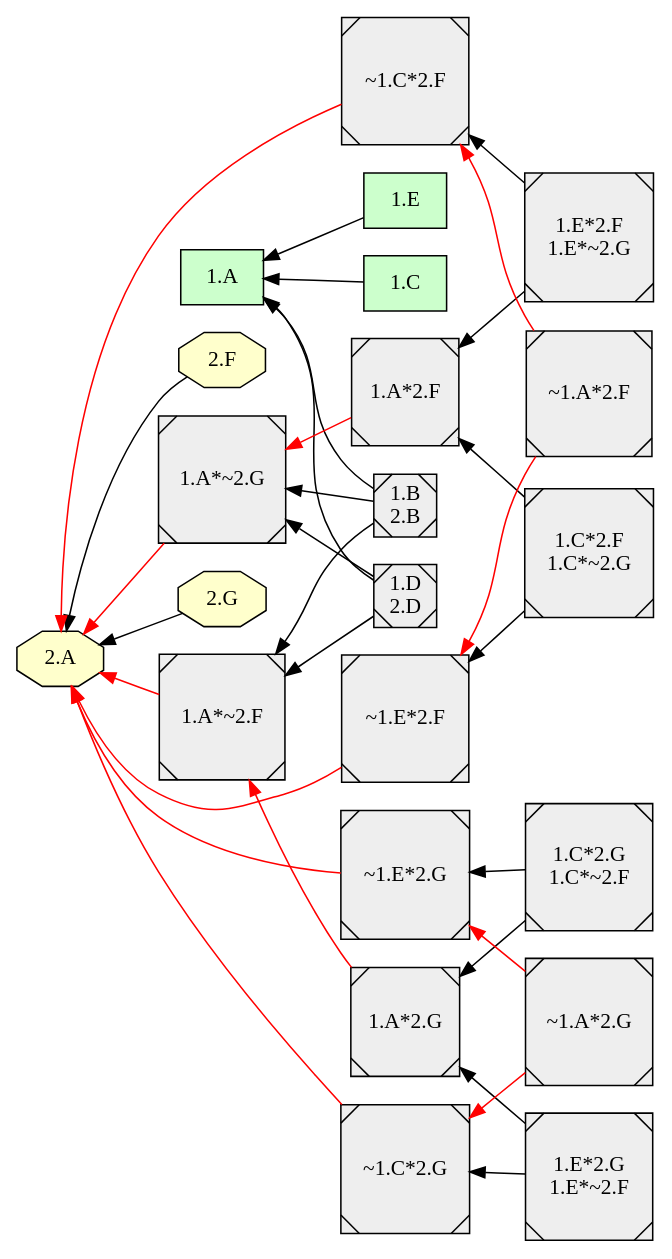
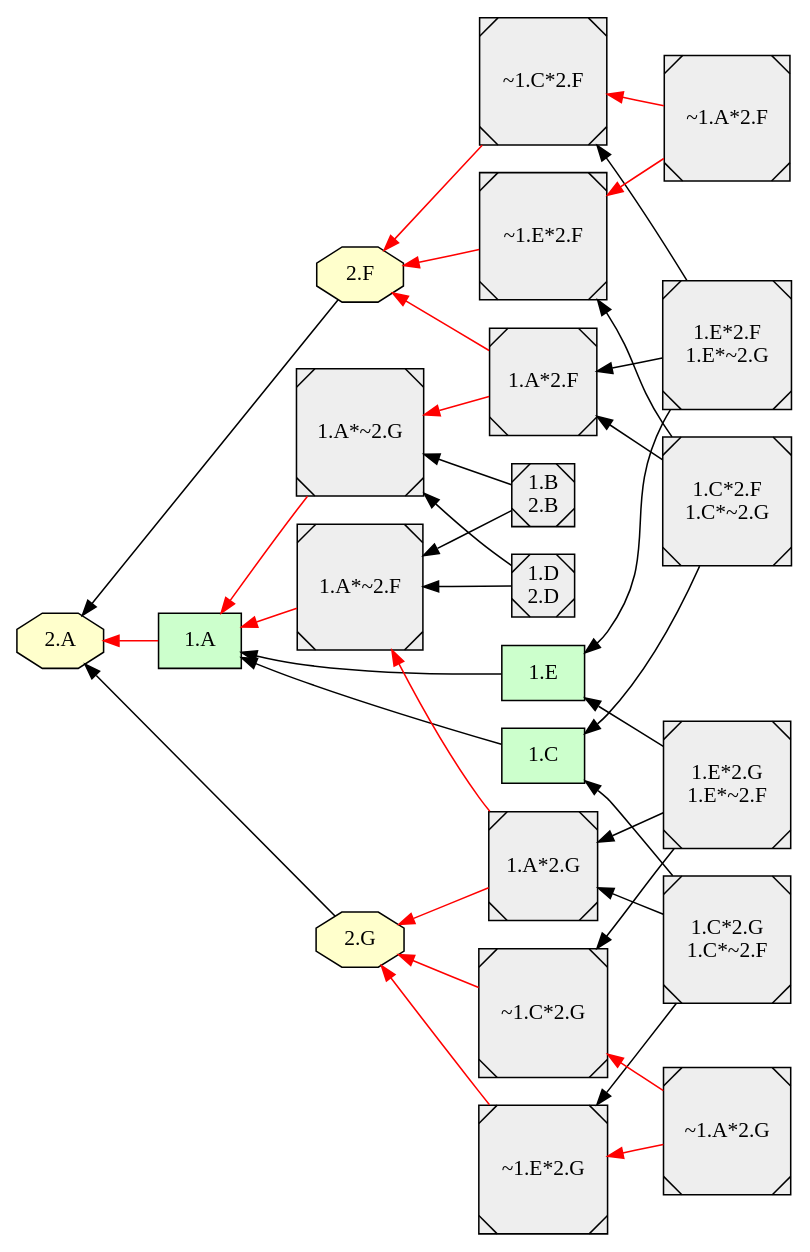
One commit to EulerProject/EulerX changed the diagram in example/abstract4/abstract4_0.dot. Above: the diagram before and after it, drawn with Graphviz. The commit also changed 18 other files, not shown here.

```diff
--- a/example/abstract4/abstract4_0.dot
+++ b/example/abstract4/abstract4_0.dot
@@ -1,129 +1,164 @@
 digraph {
 
 rankdir = RL
 
   node [shape=box style="filled" fillcolor="#CCFFCC"]
   "1.C"
   "1.A"
   "1.E"
   "1.A"
   "1.A"
   "1.A"
+  "1.A"
+  "1.E"
+  "1.E"
+  "1.C"
+  "1.C"
+  "1.A"
+  "1.A"
+  "1.A"
+  "1.A"
+  "1.A"
+  "1.A"
   node [shape=octagon style="filled" fillcolor="#FFFFCC"]
   "2.F"
   "2.A"
   "2.G"
   "2.A"
+  "2.G"
+  "2.G"
+  "2.F"
+  "2.F"
+  "2.G"
+  "2.F"
   "2.A"
   "2.A"
   "2.A"
   "2.A"
+  "2.G"
   "2.A"
+  "2.F"
   "2.A"
+  "2.G"
   "2.A"
-  "2.A"
-  "2.A"
-  "2.A"
-  "2.A"
-  "2.A"
+  "2.F"
   node [shape=Msquare style="filled" fillcolor="#EEEEEE"]
   "1.B\n2.B"
   "1.D\n2.D"
   "1.D\n2.D"
   "1.E*2.G\n1.E*~2.F"
   "1.E*2.F\n1.E*~2.G"
   "1.B\n2.B"
   "1.C*2.F\n1.C*~2.G"
   "1.C*2.G\n1.C*~2.F"
-  "~1.A*2.F"
+  "~1.E*2.G"
+  "~1.C*2.G"
+  "~1.E*2.F"
   "~1.C*2.F"
-  "~1.A*2.F"
-  "~1.E*2.F"
-  "1.A*2.F"
-  "1.A*~2.G"
+  "1.A*2.G"
+  "1.A*2.G"
   "1.A*~2.F"
   "~1.A*2.G"
   "~1.C*2.G"
   "~1.A*2.G"
   "~1.E*2.G"
-  "1.A*2.G"
-  "1.A*~2.F"
+  "1.A*2.F"
+  "1.A*2.F"
   "1.A*~2.G"
+  "~1.A*2.F"
+  "~1.C*2.F"
+  "~1.A*2.F"
   "~1.E*2.F"
-  "~1.E*2.G"
-  "~1.C*2.F"
-  "~1.C*2.G"
-  "1.B\n2.B"
-  "1.B\n2.B"
+  "1.A*~2.G"
   "1.A*~2.F"
   "1.B\n2.B"
   "1.A*~2.G"
-  "1.D\n2.D"
-  "1.D\n2.D"
+  "1.B\n2.B"
   "1.A*~2.F"
   "1.D\n2.D"
   "1.A*~2.G"
+  "1.D\n2.D"
+  "1.A*~2.F"
   "1.E*2.G\n1.E*~2.F"
   "~1.C*2.G"
+  "1.E*2.G\n1.E*~2.F"
   "1.E*2.G\n1.E*~2.F"
   "1.A*2.G"
   "1.E*2.F\n1.E*~2.G"
   "~1.C*2.F"
   "1.E*2.F\n1.E*~2.G"
+  "1.E*2.F\n1.E*~2.G"
   "1.A*2.F"
   "1.C*2.G\n1.C*~2.F"
-  "~1.E*2.G"
   "1.C*2.G\n1.C*~2.F"
   "1.A*2.G"
+  "1.C*2.G\n1.C*~2.F"
+  "~1.E*2.G"
+  "1.C*2.F\n1.C*~2.G"
+  "1.C*2.F\n1.C*~2.G"
+  "1.A*2.F"
   "1.C*2.F\n1.C*~2.G"
   "~1.E*2.F"
-  "1.C*2.F\n1.C*~2.G"
-  "1.A*2.F"
+  "1.B\n2.B"
   "1.B\n2.B"
   "1.D\n2.D"
+  "1.D\n2.D"
+  "1.E*2.G\n1.E*~2.F"
+  "1.E*2.G\n1.E*~2.F"
   "1.E*2.G\n1.E*~2.F"
   "1.E*2.G\n1.E*~2.F"
   "1.A*~2.F"
   "1.E*2.F\n1.E*~2.G"
   "1.E*2.F\n1.E*~2.G"
+  "1.E*2.F\n1.E*~2.G"
+  "1.E*2.F\n1.E*~2.G"
   "1.A*~2.G"
   "1.C*2.G\n1.C*~2.F"
   "1.C*2.G\n1.C*~2.F"
+  "1.C*2.G\n1.C*~2.F"
+  "1.C*2.G\n1.C*~2.F"
   "1.A*~2.F"
+  "1.C*2.F\n1.C*~2.G"
+  "1.C*2.F\n1.C*~2.G"
   "1.C*2.F\n1.C*~2.G"
   "1.C*2.F\n1.C*~2.G"
   "1.A*~2.G"
   "1.C" -> "1.A" [style=filled, color=black];
   "1.E" -> "1.A" [style=filled, color=black];
   "2.F" -> "2.A" [style=filled, color=black];
   "2.G" -> "2.A" [style=filled, color=black];
+  "~1.E*2.G" -> "2.G" [style=filled, color=red];
+  "~1.C*2.G" -> "2.G" [style=filled, color=red];
+  "~1.E*2.F" -> "2.F" [style=filled, color=red];
+  "~1.C*2.F" -> "2.F" [style=filled, color=red];
+  "1.A*2.G" -> "2.G" [style=filled, color=red];
+  "1.A*2.G" -> "1.A*~2.F" [style=filled, color=red];
+  "~1.A*2.G" -> "~1.C*2.G" [style=filled, color=red];
+  "~1.A*2.G" -> "~1.E*2.G" [style=filled, color=red];
+  "1.A*2.F" -> "2.F" [style=filled, color=red];
+  "1.A*2.F" -> "1.A*~2.G" [style=filled, color=red];
   "~1.A*2.F" -> "~1.C*2.F" [style=filled, color=red];
   "~1.A*2.F" -> "~1.E*2.F" [style=filled, color=red];
-  "1.A*2.F" -> "1.A*~2.G" [style=filled, color=red];
-  "1.A*~2.F" -> "2.A" [style=filled, color=red];
-  "~1.A*2.G" -> "~1.C*2.G" [style=filled, color=red];
-  "~1.A*2.G" -> "~1.E*2.G" [style=filled, color=red];
-  "1.A*2.G" -> "1.A*~2.F" [style=filled, color=red];
-  "1.A*~2.G" -> "2.A" [style=filled, color=red];
-  "~1.E*2.F" -> "2.A" [style=filled, color=red];
-  "~1.E*2.G" -> "2.A" [style=filled, color=red];
-  "~1.C*2.F" -> "2.A" [style=filled, color=red];
-  "~1.C*2.G" -> "2.A" [style=filled, color=red];
-  "1.B\n2.B" -> "1.A" [style=filled, color=black];
+  "1.A" -> "2.A" [style=filled, color=red];
+  "1.A*~2.G" -> "1.A" [style=filled, color=red];
+  "1.A*~2.F" -> "1.A" [style=filled, color=red];
+  "1.B\n2.B" -> "1.A*~2.G" [style=filled, color=black];
   "1.B\n2.B" -> "1.A*~2.F" [style=filled, color=black];
-  "1.B\n2.B" -> "1.A*~2.G" [style=filled, color=black];
-  "1.D\n2.D" -> "1.A" [style=filled, color=black];
+  "1.D\n2.D" -> "1.A*~2.G" [style=filled, color=black];
   "1.D\n2.D" -> "1.A*~2.F" [style=filled, color=black];
-  "1.D\n2.D" -> "1.A*~2.G" [style=filled, color=black];
   "1.E*2.G\n1.E*~2.F" -> "~1.C*2.G" [style=filled, color=black];
+  "1.E*2.G\n1.E*~2.F" -> "1.E" [style=filled, color=black];
   "1.E*2.G\n1.E*~2.F" -> "1.A*2.G" [style=filled, color=black];
   "1.E*2.F\n1.E*~2.G" -> "~1.C*2.F" [style=filled, color=black];
+  "1.E*2.F\n1.E*~2.G" -> "1.E" [style=filled, color=black];
   "1.E*2.F\n1.E*~2.G" -> "1.A*2.F" [style=filled, color=black];
+  "1.C*2.G\n1.C*~2.F" -> "1.C" [style=filled, color=black];
+  "1.C*2.G\n1.C*~2.F" -> "1.A*2.G" [style=filled, color=black];
   "1.C*2.G\n1.C*~2.F" -> "~1.E*2.G" [style=filled, color=black];
-  "1.C*2.G\n1.C*~2.F" -> "1.A*2.G" [style=filled, color=black];
+  "1.C*2.F\n1.C*~2.G" -> "1.C" [style=filled, color=black];
+  "1.C*2.F\n1.C*~2.G" -> "1.A*2.F" [style=filled, color=black];
   "1.C*2.F\n1.C*~2.G" -> "~1.E*2.F" [style=filled, color=black];
-  "1.C*2.F\n1.C*~2.G" -> "1.A*2.F" [style=filled, color=black];
   subgraph cluster_lg {
     rankdir = LR
   }
 }
```
